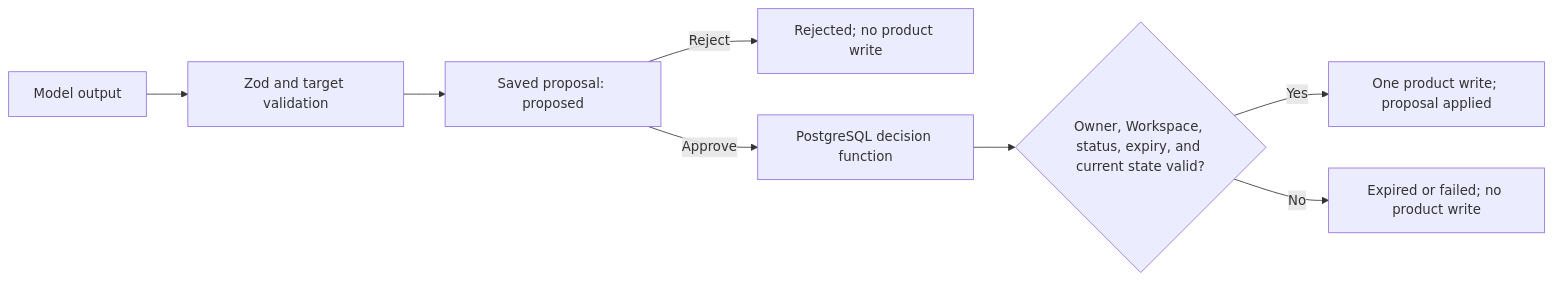
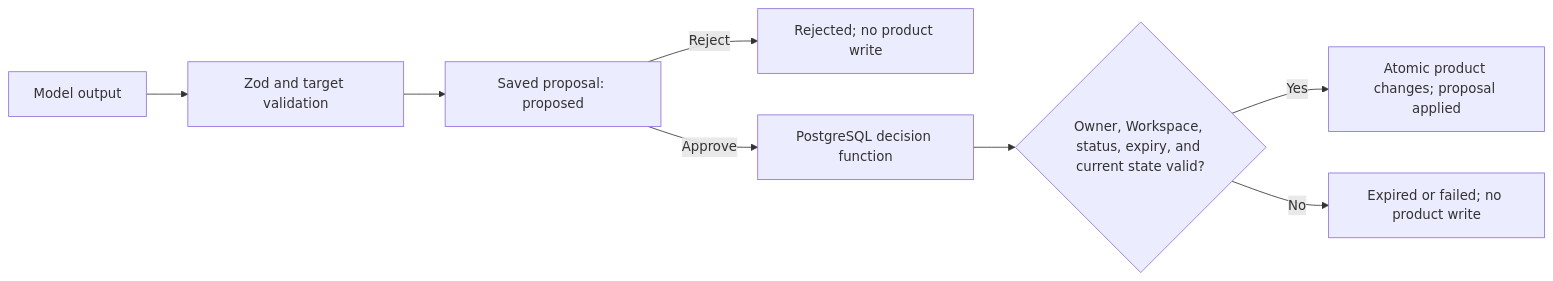
Before and after one commit to vn-aj-vngrd/roleway: the fourth of 4 diagrams in docs/HOW_ROLEWAY_AGENT_WORKS.md, drawn with Mermaid. The commit also changed other lines of this file and 24 other files, not shown here.

````diff
--- a/docs/HOW_ROLEWAY_AGENT_WORKS.md
+++ b/docs/HOW_ROLEWAY_AGENT_WORKS.md
@@ -190,10 +192,10 @@
 ```mermaid
 flowchart LR
     A[Model output] --> B[Zod and target validation]
     B --> C[Saved proposal: proposed]
     C -->|Reject| D[Rejected; no product write]
     C -->|Approve| E[PostgreSQL decision function]
     E --> F{Owner, Workspace, status, expiry, and current state valid?}
-    F -->|Yes| G[One product write; proposal applied]
+    F -->|Yes| G[Atomic product changes; proposal applied]
     F -->|No| H[Expired or failed; no product write]
 ```
````
